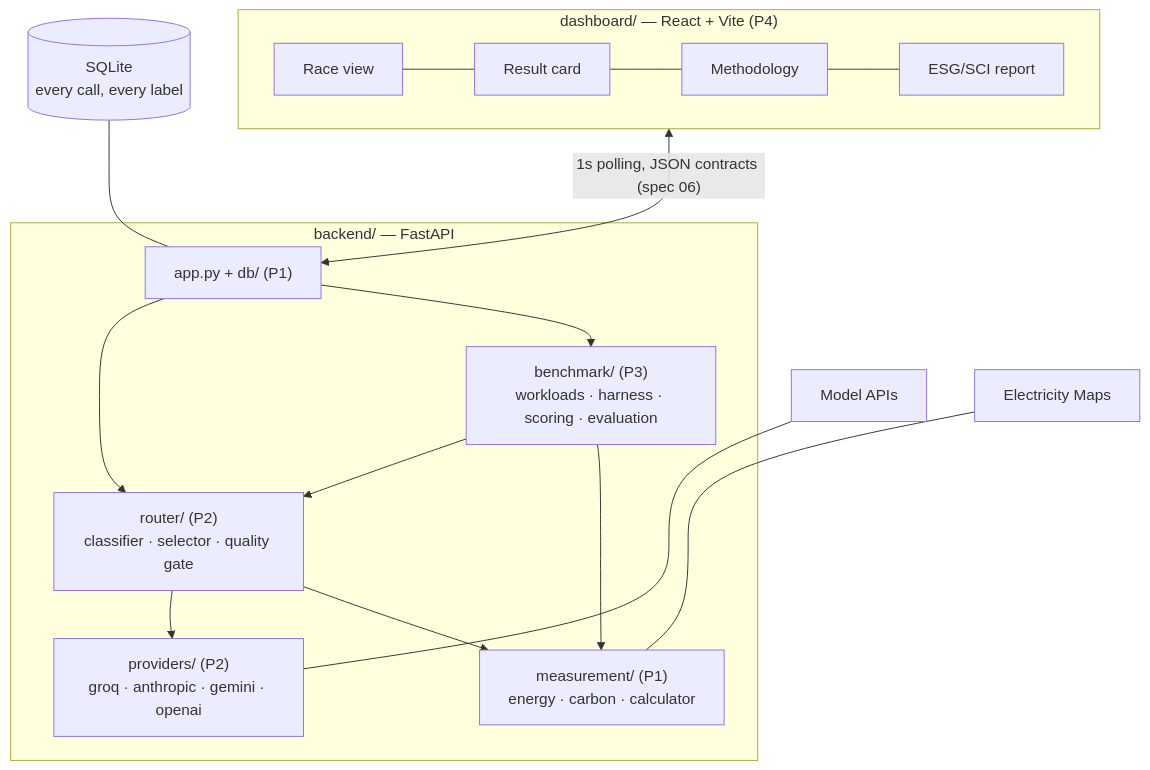
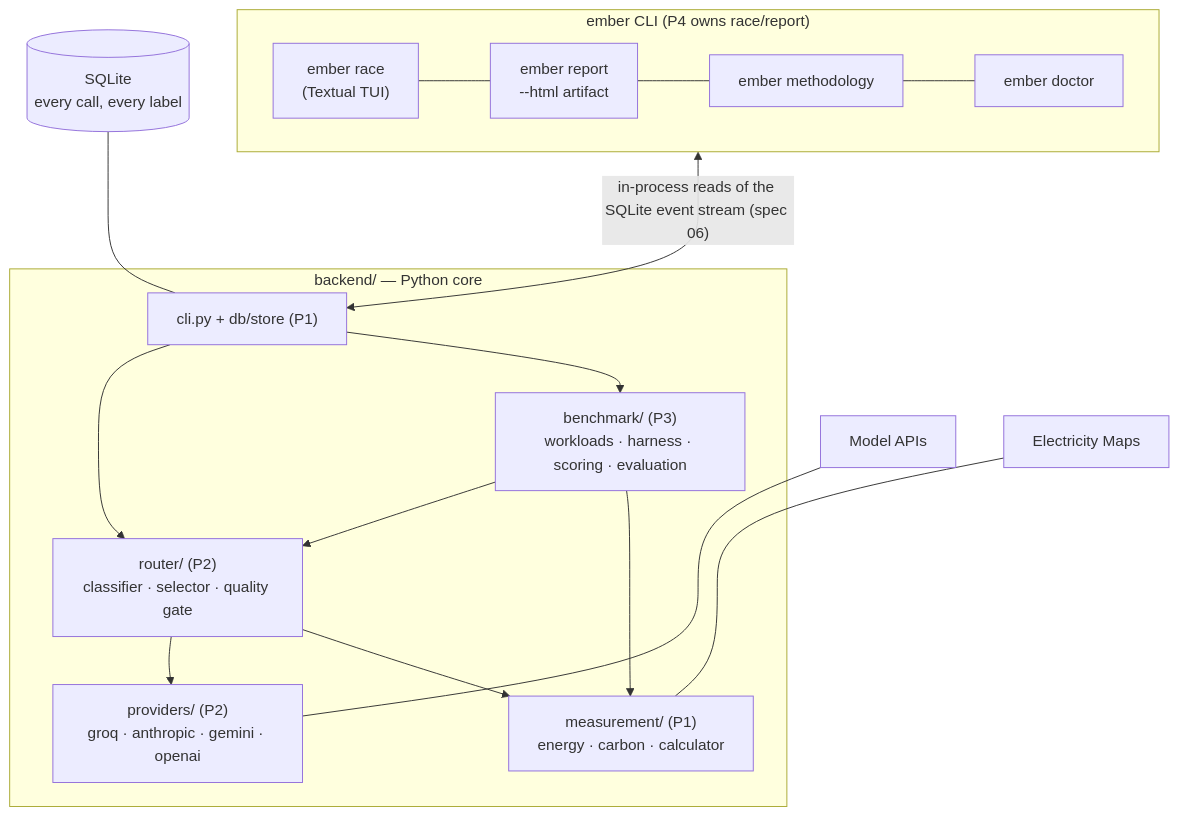
The fifth of 6 diagrams in OVERVIEW.md (Calvinky-Lee/Ember), drawn with Mermaid before and after one commit. The commit also changed other lines of this file and 32 other files, not shown here.

Commit message:
Pivot to CLI-first: replace web app with ember CLI (doctor/methodology live, race TUI + HTML report specced), rewrite specs 06/07 + docs + delegation, MCP as stretch

````diff
--- a/OVERVIEW.md
+++ b/OVERVIEW.md
@@ -124,20 +124,20 @@
 ```mermaid
 flowchart TB
-    subgraph FE["dashboard/ — React + Vite (P4)"]
-        RACE["Race view"] --- CARD["Result card"] --- METH["Methodology"] --- ESG["ESG/SCI report"]
+    subgraph FE["ember CLI (P4 owns race/report)"]
+        RACE["ember race<br/>(Textual TUI)"] --- CARD["ember report<br/>--html artifact"] --- METH["ember methodology"] --- DOC["ember doctor"]
     end
-    subgraph BE["backend/ — FastAPI"]
-        API["app.py + db/ (P1)"]
+    subgraph BE["backend/ — Python core"]
+        API["cli.py + db/store (P1)"]
         ROUTER["router/ (P2)<br/>classifier · selector · quality gate"]
         MEAS["measurement/ (P1)<br/>energy · carbon · calculator"]
         BENCH["benchmark/ (P3)<br/>workloads · harness · scoring · evaluation"]
         PROV["providers/ (P2)<br/>groq · anthropic · gemini · openai"]
     end
     EXT1["Model APIs"] ---- PROV
     EXT2["Electricity Maps"] ---- MEAS
-    FE <-->|"1s polling, JSON contracts (spec 06)"| API
+    FE <-->|"in-process reads of the SQLite event stream (spec 06)"| API
     API --> ROUTER & BENCH
     ROUTER --> PROV & MEAS
     BENCH --> ROUTER & MEAS
     DB[("SQLite<br/>every call, every label")] --- API
 ```
````
